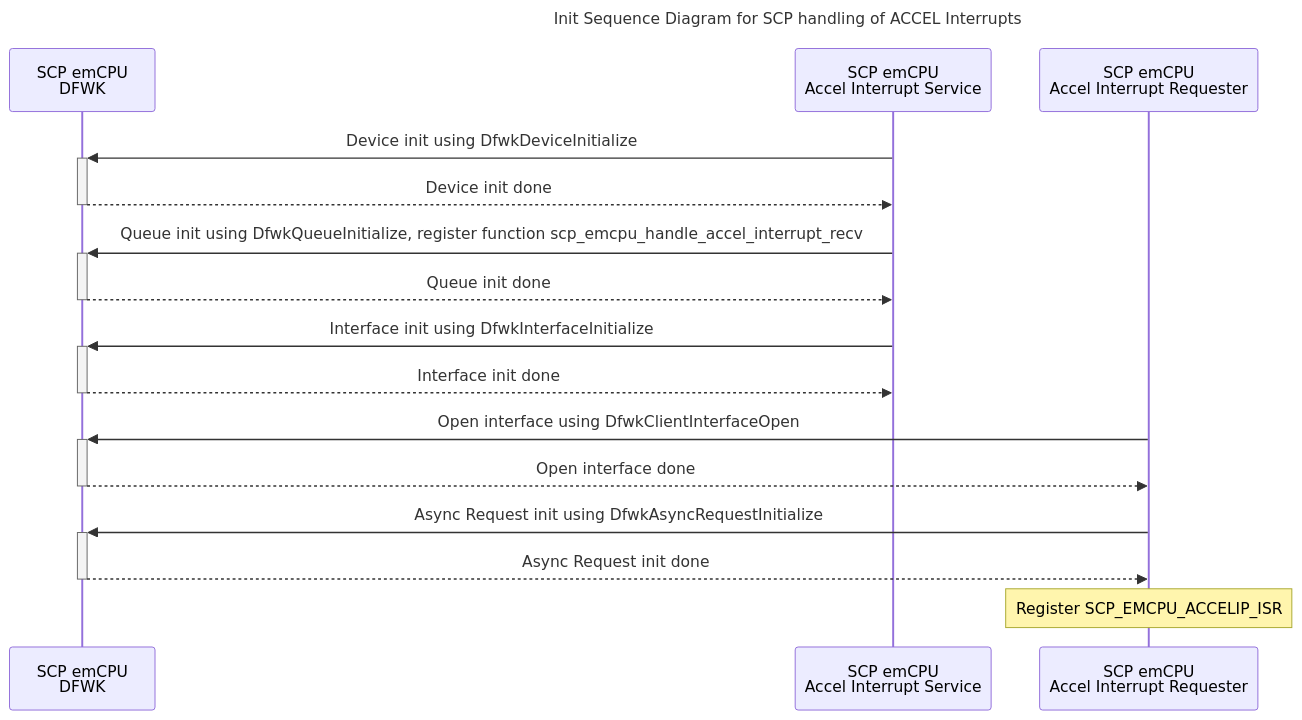
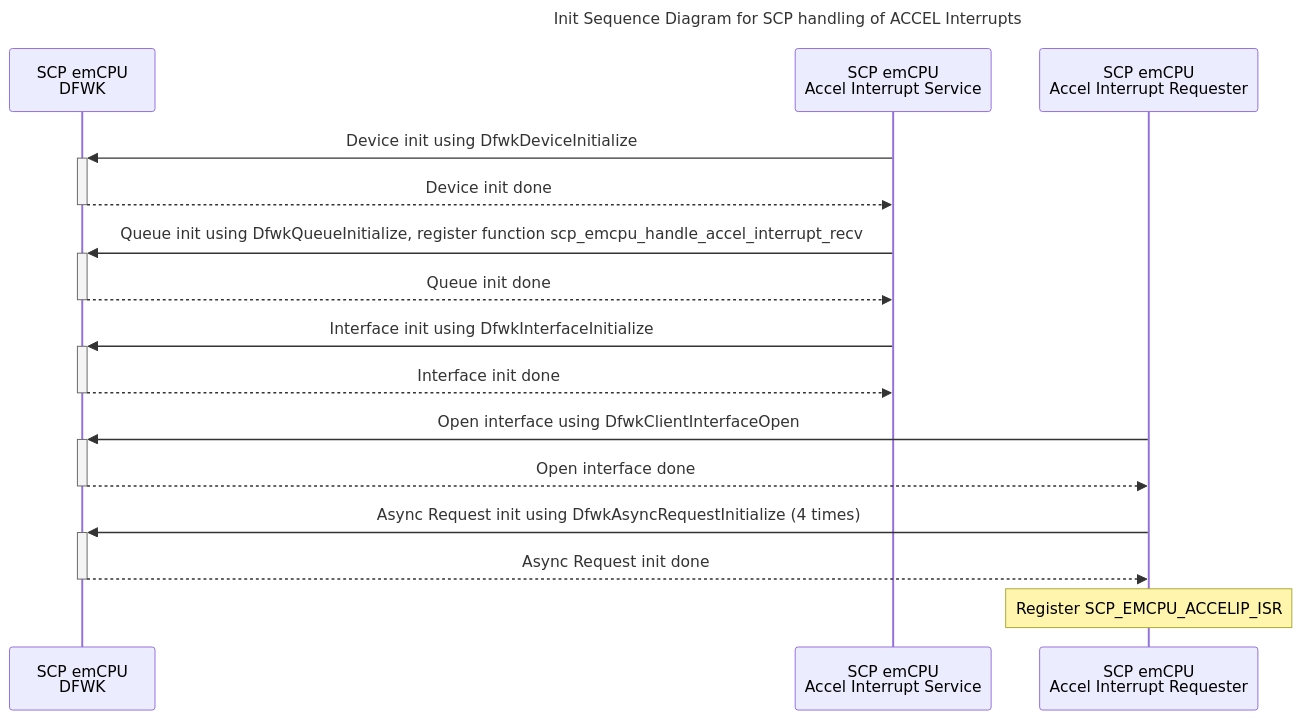
Before and after one commit to jivahire-com/cpp-thread-safe-cache: the second of 3 diagrams in docs/development/FirmwareDesign/AccelInterruptHandlingDesign.md, drawn with Mermaid. The commit also changed other lines of this file, not shown here.

First line of the commit message:
Merged PR 87137: docs: Update Accel Interrupt design doc

````diff
--- a/docs/development/FirmwareDesign/AccelInterruptHandlingDesign.md
+++ b/docs/development/FirmwareDesign/AccelInterruptHandlingDesign.md
@@ -132,18 +133,18 @@
 ```mermaid
 sequenceDiagram
     title Init Sequence Diagram for SCP handling of ACCEL Interrupts
     participant SCP_EMCPU_DFWK as SCP emCPU<br/>DFWK
     participant SCP_EMCPU_ACCEL_INTR_SERVICE as SCP emCPU<br/>Accel Interrupt Service
     participant SCP_EMCPU_ACCEL_INTR as SCP emCPU<br/>Accel Interrupt Requester
     SCP_EMCPU_ACCEL_INTR_SERVICE->>+SCP_EMCPU_DFWK: Device init using DfwkDeviceInitialize
     SCP_EMCPU_DFWK-->>-SCP_EMCPU_ACCEL_INTR_SERVICE: Device init done
     SCP_EMCPU_ACCEL_INTR_SERVICE->>+SCP_EMCPU_DFWK: Queue init using DfwkQueueInitialize, register function scp_emcpu_handle_accel_interrupt_recv
     SCP_EMCPU_DFWK-->>-SCP_EMCPU_ACCEL_INTR_SERVICE: Queue init done
     SCP_EMCPU_ACCEL_INTR_SERVICE->>+SCP_EMCPU_DFWK: Interface init using DfwkInterfaceInitialize
     SCP_EMCPU_DFWK-->>-SCP_EMCPU_ACCEL_INTR_SERVICE: Interface init done
     SCP_EMCPU_ACCEL_INTR->>+SCP_EMCPU_DFWK: Open interface using DfwkClientInterfaceOpen
     SCP_EMCPU_DFWK-->>-SCP_EMCPU_ACCEL_INTR: Open interface done
-    SCP_EMCPU_ACCEL_INTR->>+SCP_EMCPU_DFWK: Async Request init using DfwkAsyncRequestInitialize
+    SCP_EMCPU_ACCEL_INTR->>+SCP_EMCPU_DFWK: Async Request init using DfwkAsyncRequestInitialize (4 times)
     SCP_EMCPU_DFWK-->>-SCP_EMCPU_ACCEL_INTR: Async Request init done
     Note over SCP_EMCPU_ACCEL_INTR: Register SCP_EMCPU_ACCELIP_ISR
 ```
````
